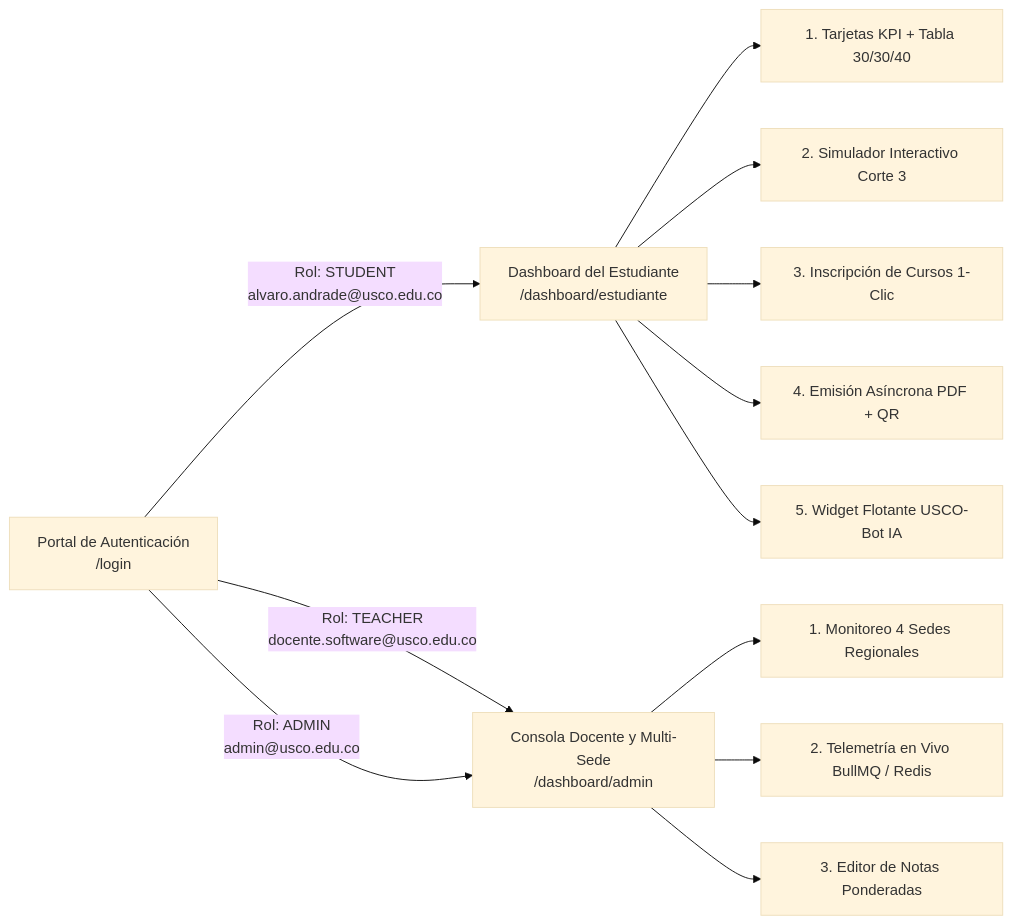
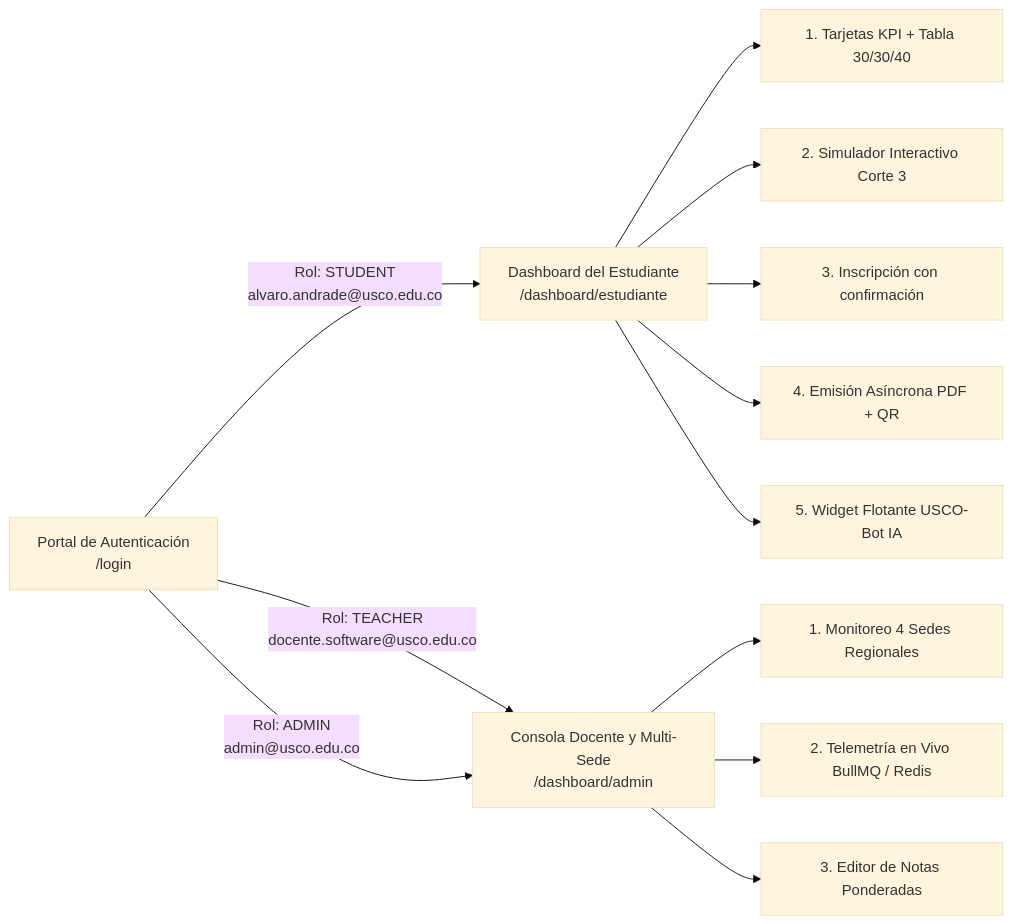
The diagram in docs/fase5-manuales-y-defensa/06_Manual_de_Usuario.md (JavierAnd0/TrabajoFinalIngeSoftII), drawn with Mermaid (base theme) before and after one commit. The commit also changed other lines of this file and 22 other files, not shown here.

````diff
--- a/docs/fase5-manuales-y-defensa/06_Manual_de_Usuario.md
+++ b/docs/fase5-manuales-y-defensa/06_Manual_de_Usuario.md
@@ -13,18 +13,18 @@
 ```mermaid
 flowchart LR
     LOGIN["Portal de Autenticación<br/>/login"]
     
     LOGIN -->|"Rol: STUDENT<br/>alvaro.andrade@usco.edu.co"| DASH_EST["Dashboard del Estudiante<br/>/dashboard/estudiante"]
     LOGIN -->|"Rol: TEACHER<br/>docente.software@usco.edu.co"| DASH_ADM["Consola Docente y Multi-Sede<br/>/dashboard/admin"]
     LOGIN -->|"Rol: ADMIN<br/>admin@usco.edu.co"| DASH_ADM
 
     DASH_EST --> KPI["1. Tarjetas KPI + Tabla 30/30/40"]
     DASH_EST --> SIM["2. Simulador Interactivo Corte 3"]
-    DASH_EST --> ENR["3. Inscripción de Cursos 1-Clic"]
+    DASH_EST --> ENR["3. Inscripción con confirmación"]
     DASH_EST --> CERT["4. Emisión Asíncrona PDF + QR"]
     DASH_EST --> BOT["5. Widget Flotante USCO-Bot IA"]
 
     DASH_ADM --> NODES["1. Monitoreo 4 Sedes Regionales"]
     DASH_ADM --> QUEUES["2. Telemetría en Vivo BullMQ / Redis"]
     DASH_ADM --> EDITOR["3. Editor de Notas Ponderadas"]
 ```
````
